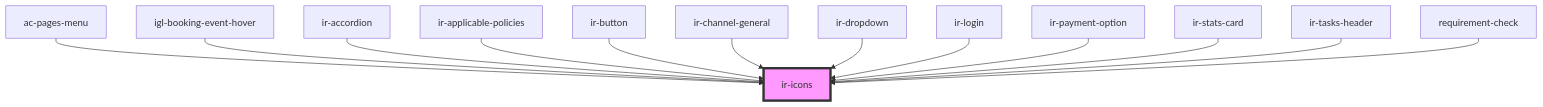
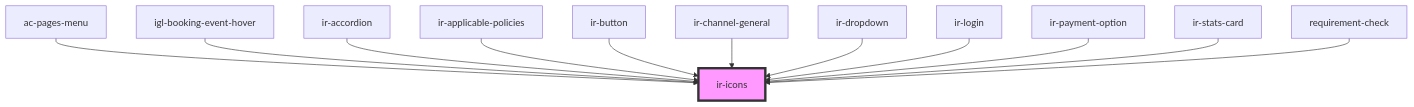
Before and after one commit to RonyRizk/ir-webcmp: the diagram in src/components/ui/ir-icons/readme.md, drawn with Mermaid. The commit also changed other lines of this file and 88 other files, not shown here.

````diff
--- a/src/components/ui/ir-icons/readme.md
+++ b/src/components/ui/ir-icons/readme.md
@@ -33,16 +32,15 @@
 ```mermaid
 graph TD;
   ac-pages-menu --> ir-icons
   igl-booking-event-hover --> ir-icons
   ir-accordion --> ir-icons
   ir-applicable-policies --> ir-icons
   ir-button --> ir-icons
   ir-channel-general --> ir-icons
   ir-dropdown --> ir-icons
   ir-login --> ir-icons
   ir-payment-option --> ir-icons
   ir-stats-card --> ir-icons
-  ir-tasks-header --> ir-icons
   requirement-check --> ir-icons
   style ir-icons fill:#f9f,stroke:#333,stroke-width:4px
 ```
````
